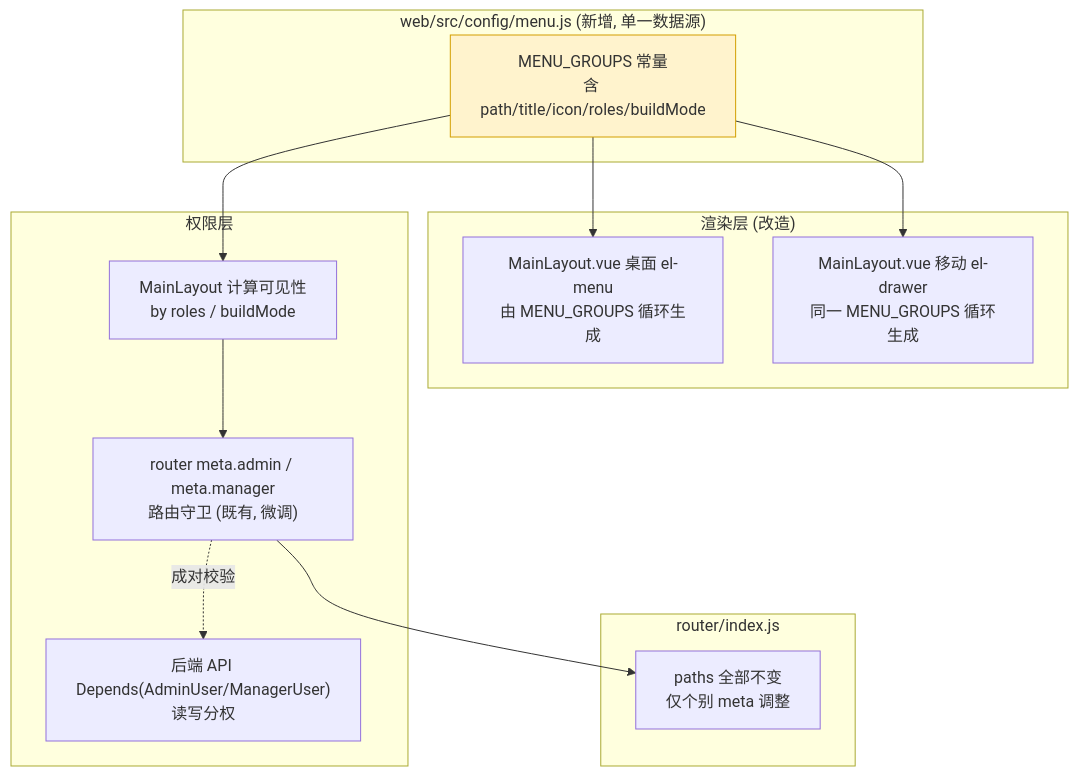
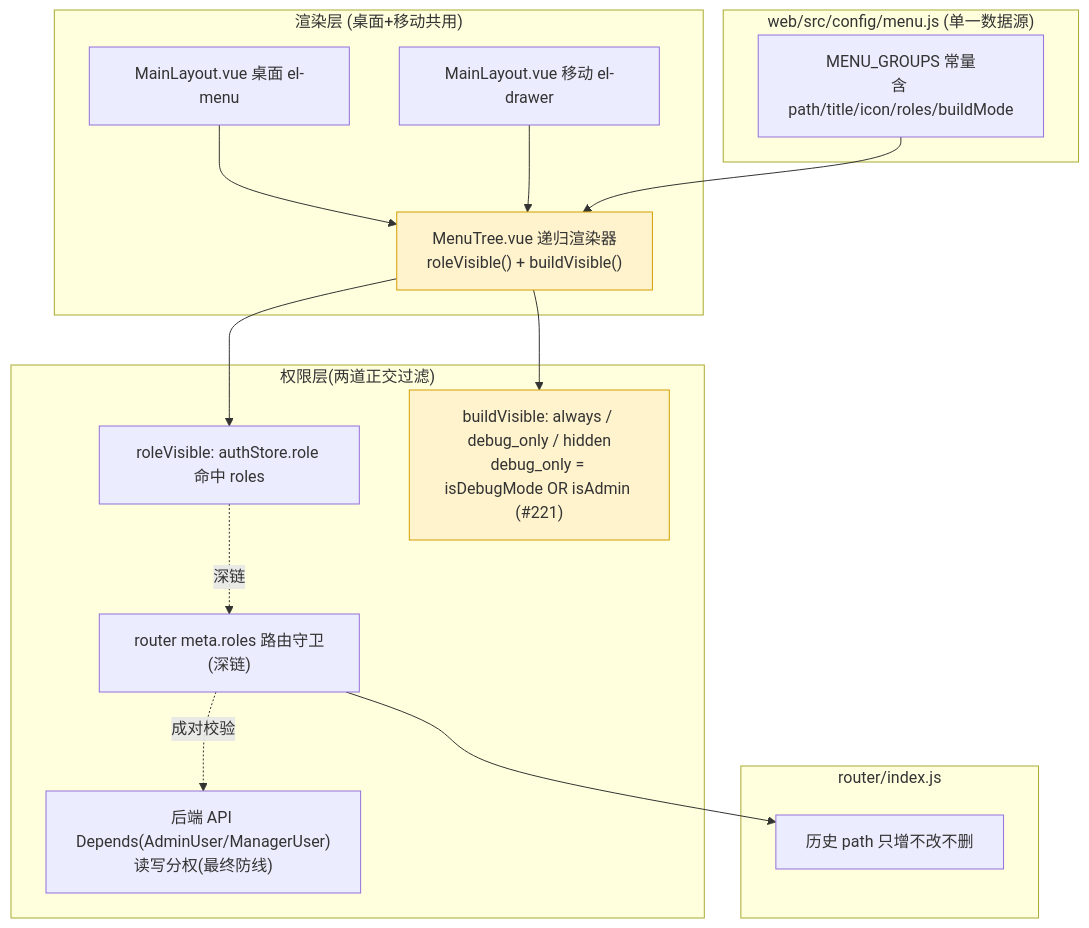
The diagram in docs/arch/A-20260910-004-导航信息架构重组.md (fizzking9/csctalon), drawn with Mermaid before and after one commit. The commit also changed other lines of this file and 1 other file, not shown here.

````diff
--- a/docs/arch/A-20260910-004-导航信息架构重组.md
+++ b/docs/arch/A-20260910-004-导航信息架构重组.md
@@ -26,31 +37,35 @@
 ```mermaid
 graph TB
-  subgraph CFG["web/src/config/menu.js (新增, 单一数据源)"]
+  subgraph CFG["web/src/config/menu.js (单一数据源)"]
     M1["MENU_GROUPS 常量<br/>含 path/title/icon/roles/buildMode"]
   end
 
-  subgraph RENDER["渲染层 (改造)"]
-    R1["MainLayout.vue 桌面 el-menu<br/>由 MENU_GROUPS 循环生成"]
-    R2["MainLayout.vue 移动 el-drawer<br/>同一 MENU_GROUPS 循环生成"]
+  subgraph RENDER["渲染层 (桌面+移动共用)"]
+    R1["MainLayout.vue 桌面 el-menu"]
+    R2["MainLayout.vue 移动 el-drawer"]
+    RT["MenuTree.vue 递归渲染器<br/>roleVisible() + buildVisible()"]
+    R1 --> RT
+    R2 --> RT
   end
 
-  subgraph PERM["权限层"]
-    P1["MainLayout 计算可见性<br/>by roles / buildMode"]
-    P2["router meta.admin / meta.manager<br/>路由守卫 (既有, 微调)"]
-    P3["后端 API Depends(AdminUser/ManagerUser)<br/>读写分权"]
+  subgraph PERM["权限层(两道正交过滤)"]
+    P1["roleVisible: authStore.role 命中 roles"]
+    P2["buildVisible: always / debug_only / hidden<br/>debug_only = isDebugMode OR isAdmin (#221)"]
+    P3["router meta.roles 路由守卫(深链)"]
+    P4["后端 API Depends(AdminUser/ManagerUser)<br/>读写分权(最终防线)"]
   end
 
   subgraph ROUTE["router/index.js"]
-    RT["paths 全部不变<br/>仅个别 meta 调整"]
+    RR["历史 path 只增不改不删"]
   end
 
-  M1 --> R1
-  M1 --> R2
-  M1 --> P1
-  P1 --> P2
-  P2 -.成对校验.-> P3
-  P2 --> RT
+  M1 --> RT
+  RT --> P1
+  RT --> P2
+  P1 -.深链.-> P3
+  P3 -.成对校验.-> P4
+  P3 --> RR
 
   classDef new fill:#fff3cd,stroke:#d39e00
-  class M1 new
+  class RT,P2 new
 ```
````
